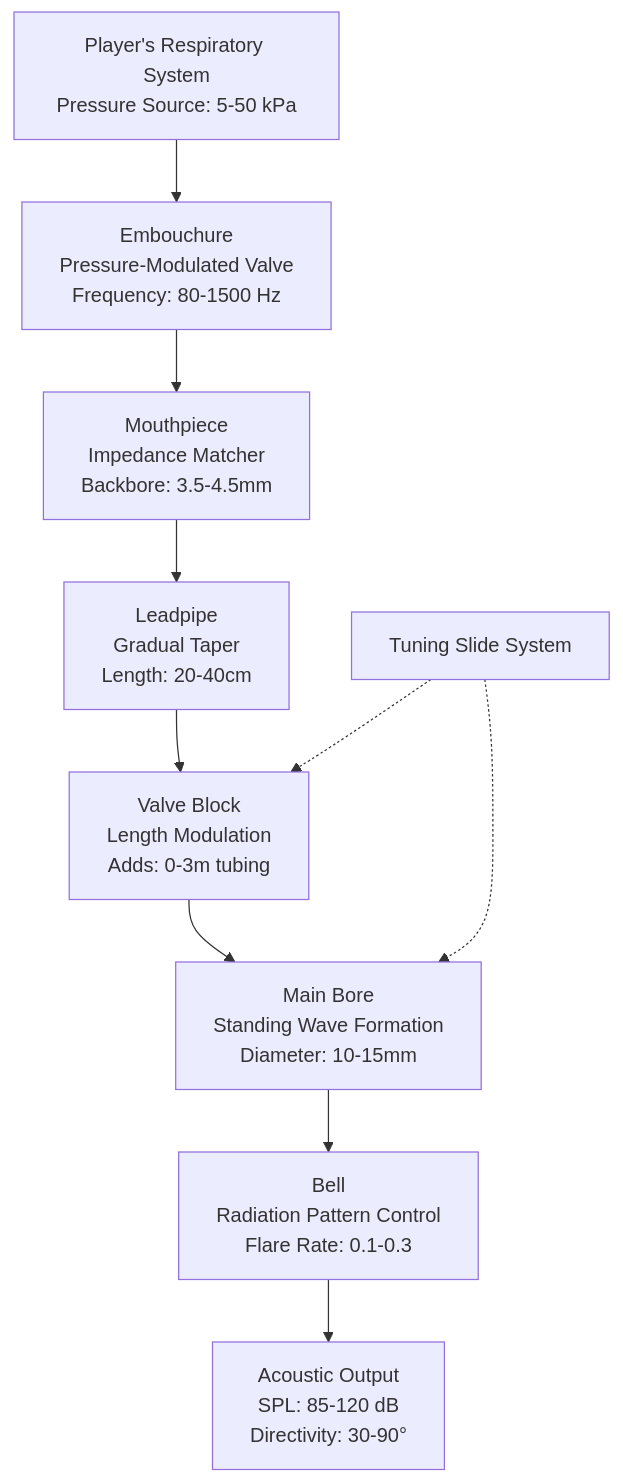
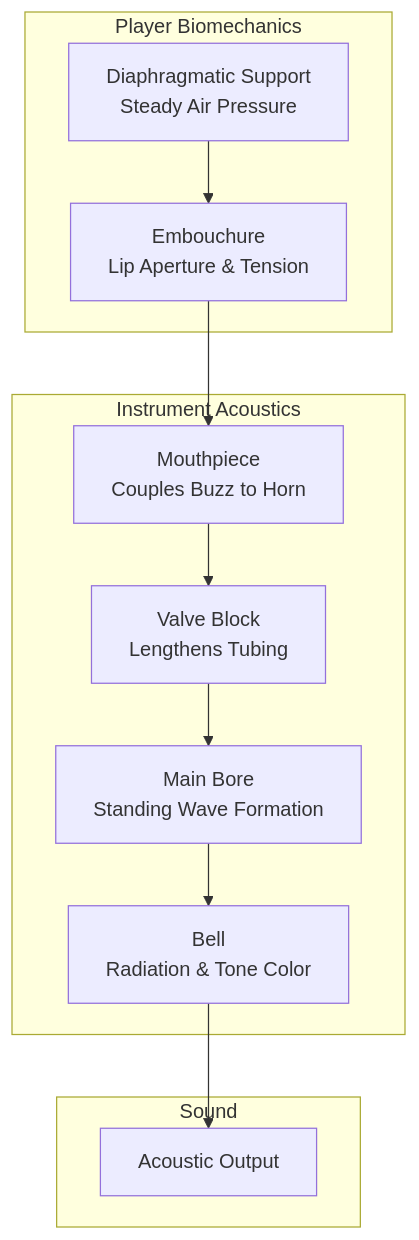
The first of 3 diagrams in topics/arts/music_performance/brass/lesson_04_performance_practices.md (blebleblee/synapse), drawn with Mermaid before and after one commit. The commit also changed other lines of this file and 4 other files, not shown here.

````diff
--- a/topics/arts/music_performance/brass/lesson_04_performance_practices.md
+++ b/topics/arts/music_performance/brass/lesson_04_performance_practices.md
@@ -19,13 +15,15 @@
 ```mermaid
 graph TB
-    A["Player's Respiratory System<br/>Pressure Source: 5-50 kPa"] --> B["Embouchure<br/>Pressure-Modulated Valve<br/>Frequency: 80-1500 Hz"]
-    B --> C["Mouthpiece<br/>Impedance Matcher<br/>Backbore: 3.5-4.5mm"]
-    C --> D["Leadpipe<br/>Gradual Taper<br/>Length: 20-40cm"]
-    D --> E["Valve Block<br/>Length Modulation<br/>Adds: 0-3m tubing"]
-    E --> F["Main Bore<br/>Standing Wave Formation<br/>Diameter: 10-15mm"]
-    F --> G["Bell<br/>Radiation Pattern Control<br/>Flare Rate: 0.1-0.3"]
-    G --> H["Acoustic Output<br/>SPL: 85-120 dB<br/>Directivity: 30-90°"]
-    
-    I["Tuning Slide System"] -.-> E
-    I -.-> F
+    subgraph sub_player ["Player Biomechanics"]
+        A["Diaphragmatic Support<br/>Steady Air Pressure"] --> B["Embouchure<br/>Lip Aperture & Tension"]
+    end
+    subgraph sub_horn ["Instrument Acoustics"]
+        B --> C["Mouthpiece<br/>Couples Buzz to Horn"]
+        C --> D["Valve Block<br/>Lengthens Tubing"]
+        D --> E["Main Bore<br/>Standing Wave Formation"]
+        E --> F["Bell<br/>Radiation & Tone Color"]
+    end
+    subgraph sub_output ["Sound"]
+        F --> G["Acoustic Output"]
+    end
 ```
````
